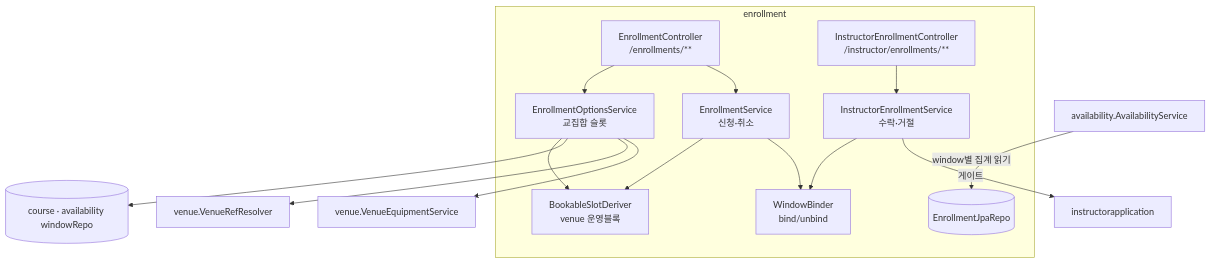
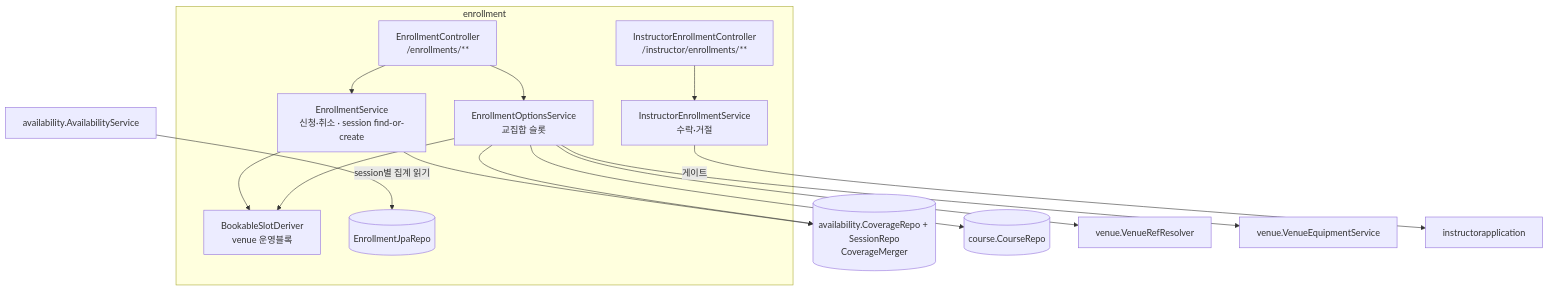
The first of 4 diagrams in docs/architecture/enrollment.md (pungdong/Pungdong-Backend), drawn with Mermaid before and after one commit. The commit also changed other lines of this file and 5 other files, not shown here.

First line of the commit message:
Docs: coverage/session 2레이어 재설계 반영 (availability·enrollment 도메인/피처 문서 + CLAUDE.md)

````diff
--- a/docs/architecture/enrollment.md
+++ b/docs/architecture/enrollment.md
@@ -9,25 +9,24 @@
 ```mermaid
 flowchart TB
   subgraph enrollment
     EC[EnrollmentController<br/>/enrollments/**]
     IEC[InstructorEnrollmentController<br/>/instructor/enrollments/**]
     OS[EnrollmentOptionsService<br/>교집합 슬롯]
-    ES[EnrollmentService<br/>신청·취소]
+    ES[EnrollmentService<br/>신청·취소 · session find-or-create]
     IES[InstructorEnrollmentService<br/>수락·거절]
     SD[BookableSlotDeriver<br/>venue 운영블록]
-    WB[WindowBinder<br/>bind/unbind]
     EN[(EnrollmentJpaRepo)]
   end
   EC --> OS
   EC --> ES
   IEC --> IES
   OS --> SD
   ES --> SD
-  ES --> WB
-  IES --> WB
-  OS --> CW[(course · availability windowRepo)]
+  OS --> CV[(availability.CoverageRepo + SessionRepo<br/>CoverageMerger)]
+  ES --> CV
+  OS --> CO[(course.CourseRepo)]
   OS --> VR[venue.VenueRefResolver]
   OS --> VE[venue.VenueEquipmentService]
   IES -->|게이트| IA[instructorapplication]
-  AV[availability.AvailabilityService] -->|window별 집계 읽기| EN
+  AV[availability.AvailabilityService] -->|session별 집계 읽기| EN
 ```
````
